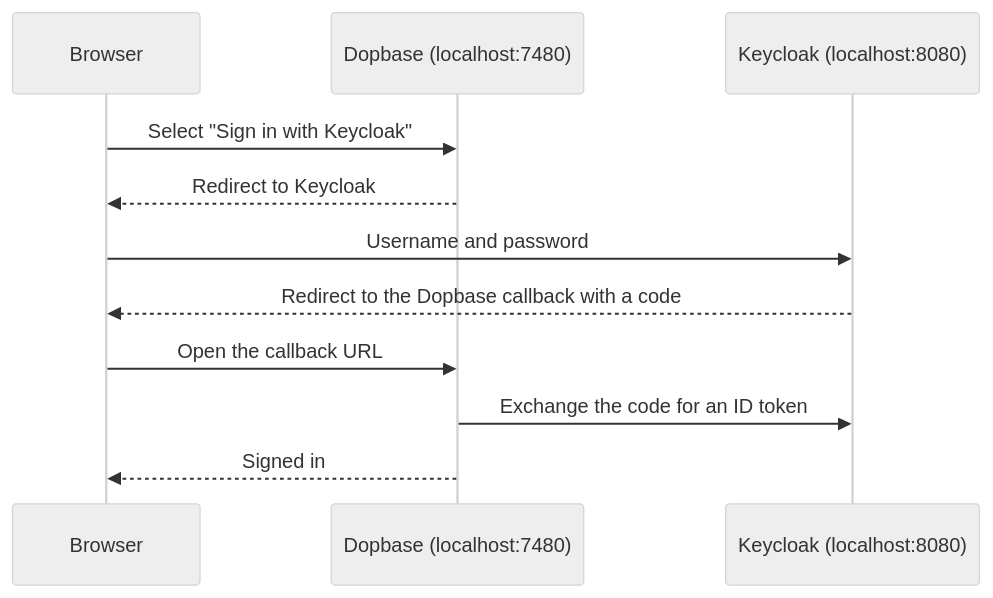
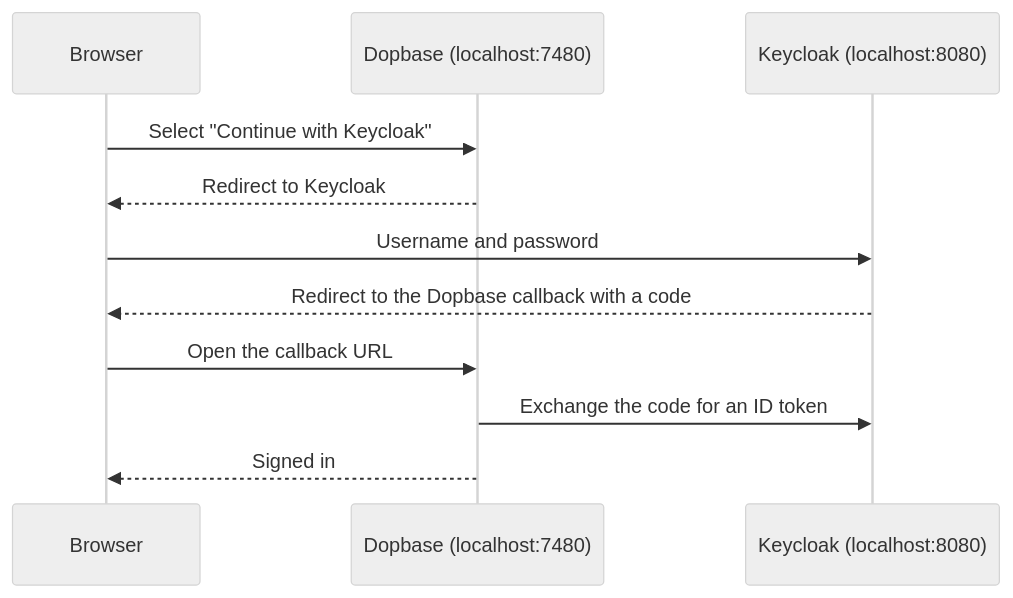
The diagram in docs/guide/sso-keycloak.md (an1by/dopbase), drawn with Mermaid (neutral theme) before and after one commit. The commit also changed other lines of this file and 1084 other files, not shown here.

````diff
--- a/docs/guide/sso-keycloak.md
+++ b/docs/guide/sso-keycloak.md
@@ -24,13 +24,13 @@
 ```mermaid
 sequenceDiagram
   participant B as Browser
   participant D as Dopbase (localhost:7480)
   participant K as Keycloak (localhost:8080)
-  B->>D: Select "Sign in with Keycloak"
+  B->>D: Select "Continue with Keycloak"
   D-->>B: Redirect to Keycloak
   B->>K: Username and password
   K-->>B: Redirect to the Dopbase callback with a code
   B->>D: Open the callback URL
   D->>K: Exchange the code for an ID token
   D-->>B: Signed in
 ```
````
